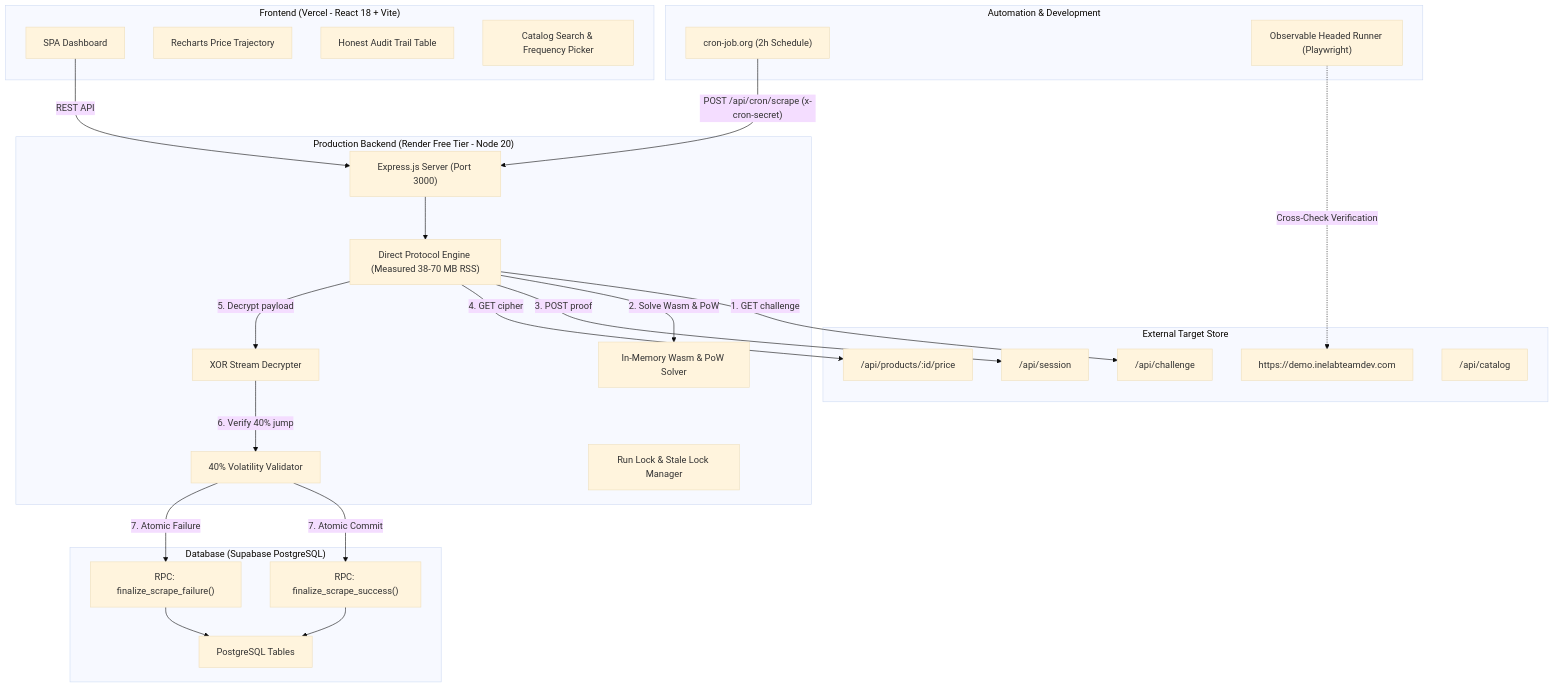
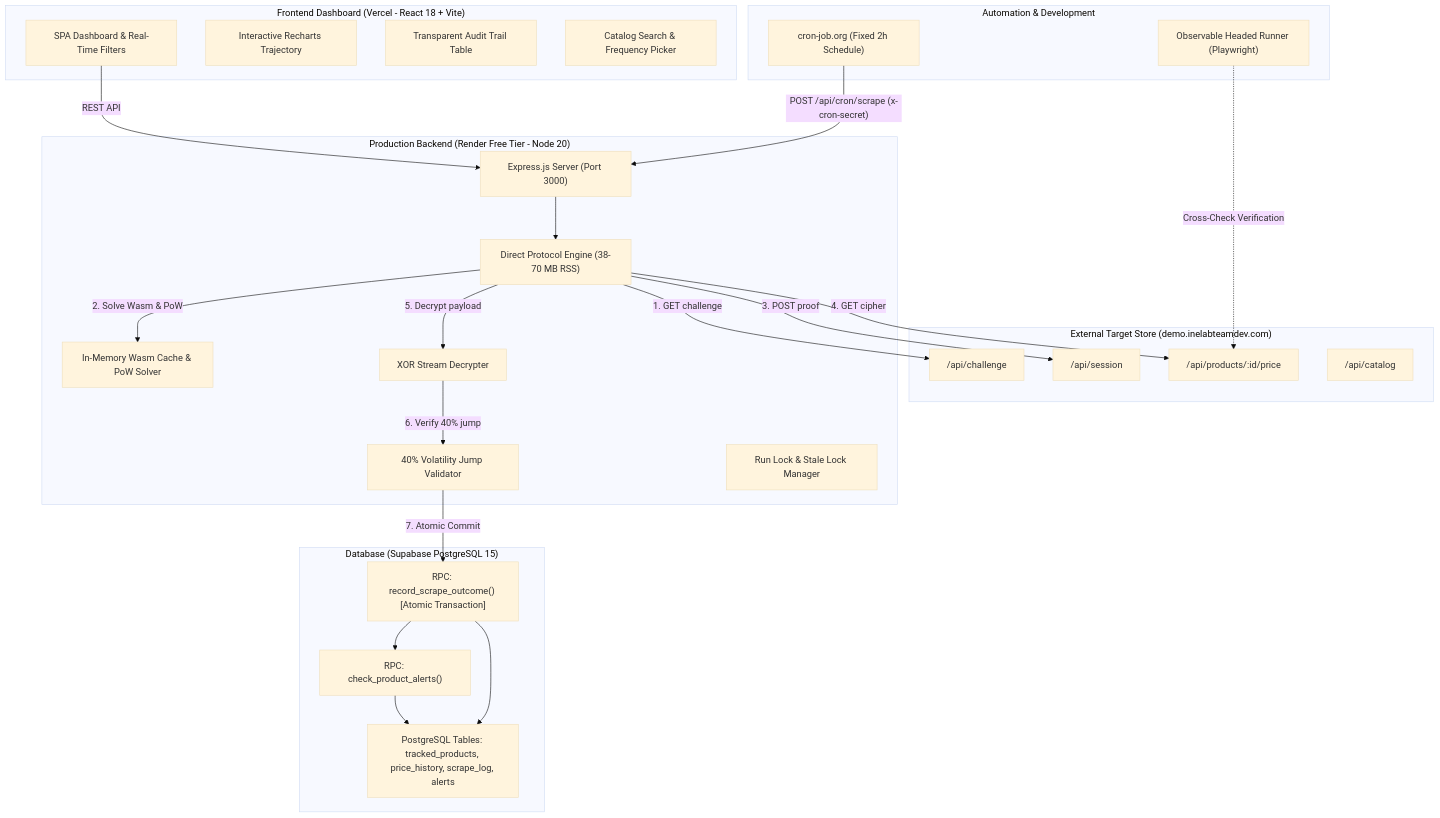
One commit to divyansh9704/ine-product-price-tracker changed the diagram in README.md. Above: the diagram before and after it, drawn with Mermaid (base theme). The commit also changed other lines of this file and 5 other files, not shown here.

````diff
--- a/README.md
+++ b/README.md
@@ -11,53 +39,52 @@
 ```mermaid
 graph TD
-    subgraph "External Target Store"
-        Store["https://demo.inelabteamdev.com"]
+    subgraph "External Target Store (demo.inelabteamdev.com)"
         StoreChallenge["/api/challenge"]
         StoreSession["/api/session"]
         StorePrice["/api/products/:id/price"]
         StoreCatalog["/api/catalog"]
     end
 
     subgraph "Production Backend (Render Free Tier - Node 20)"
         Express["Express.js Server (Port 3000)"]
-        ScraperCore["Direct Protocol Engine (Measured 38-70 MB RSS)"]
-        WasmRunner["In-Memory Wasm & PoW Solver"]
+        ScraperCore["Direct Protocol Engine (38-70 MB RSS)"]
+        WasmRunner["In-Memory Wasm Cache & PoW Solver"]
         XorDecrypter["XOR Stream Decrypter"]
-        JumpValidator["40% Volatility Validator"]
+        JumpValidator["40% Volatility Jump Validator"]
         RunLock["Run Lock & Stale Lock Manager"]
     end
 
-    subgraph "Database (Supabase PostgreSQL)"
-        Schema["PostgreSQL Tables"]
-        RpcSuccess["RPC: finalize_scrape_success()"]
-        RpcFailure["RPC: finalize_scrape_failure()"]
+    subgraph "Database (Supabase PostgreSQL 15)"
+        Schema["PostgreSQL Tables: tracked_products, price_history, scrape_log, alerts"]
+        RpcSuccess["RPC: record_scrape_outcome() [Atomic Transaction]"]
+        AlertsEngine["RPC: check_product_alerts()"]
     end
 
-    subgraph "Frontend (Vercel - React 18 + Vite)"
-        Dashboard["SPA Dashboard"]
-        Recharts["Recharts Price Trajectory"]
-        LogTable["Honest Audit Trail Table"]
+    subgraph "Frontend Dashboard (Vercel - React 18 + Vite)"
+        Dashboard["SPA Dashboard & Real-Time Filters"]
+        Recharts["Interactive Recharts Trajectory"]
+        LogTable["Transparent Audit Trail Table"]
         SearchModal["Catalog Search & Frequency Picker"]
     end
 
     subgraph "Automation & Development"
-        Cron["cron-job.org (2h Schedule)"]
+        Cron["cron-job.org (Fixed 2h Schedule)"]
         PlaywrightHeaded["Observable Headed Runner (Playwright)"]
     end
 
     %% Flow connections
     Cron -->|"POST /api/cron/scrape (x-cron-secret)"| Express
     Express --> ScraperCore
     ScraperCore -->|"1. GET challenge"| StoreChallenge
     ScraperCore -->|"2. Solve Wasm & PoW"| WasmRunner
     ScraperCore -->|"3. POST proof"| StoreSession
     ScraperCore -->|"4. GET cipher"| StorePrice
     ScraperCore -->|"5. Decrypt payload"| XorDecrypter
     XorDecrypter -->|"6. Verify 40% jump"| JumpValidator
     JumpValidator -->|"7. Atomic Commit"| RpcSuccess
-    JumpValidator -->|"7. Atomic Failure"| RpcFailure
     RpcSuccess --> Schema
-    RpcFailure --> Schema
+    RpcSuccess --> AlertsEngine
+    AlertsEngine --> Schema
     Dashboard -->|"REST API"| Express
-    PlaywrightHeaded -.->|"Cross-Check Verification"| Store
+    PlaywrightHeaded -.->|"Cross-Check Verification"| StorePrice
 ```
````
